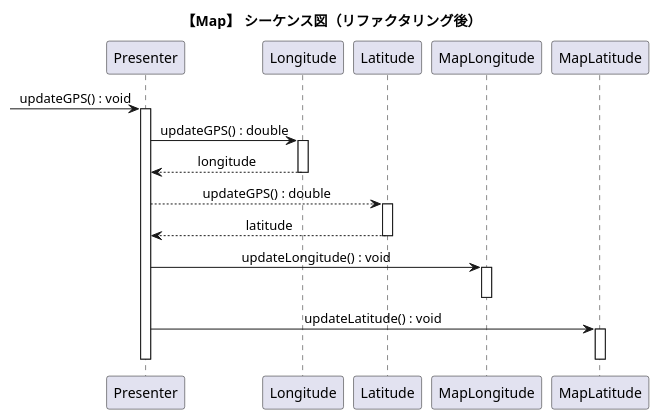
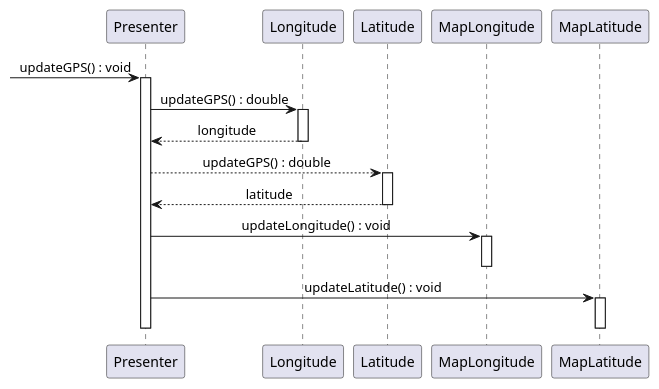
Before and after one commit to nitta-lab/TwoStagesModelingExperiments: the diagram in puml/sequences/map_seq_push_refactor.puml, drawn with PlantUML. The commit also changed 11 other files, not shown here.

```diff
--- a/puml/sequences/map_seq_push_refactor.puml
+++ b/puml/sequences/map_seq_push_refactor.puml
@@ -1,28 +1,28 @@
 @startuml map_seq_push_refactor
-title "【Map】 シーケンス図（リファクタリング後）"
 skinparam SequenceMessageAlignment center
+
 -> Presenter : updateGPS() : void
 activate Presenter
 
 Presenter ->  Longitude : updateGPS() : double
 activate Longitude
 Longitude --> Presenter : longitude
 deactivate Longitude
 
 Presenter --> Latitude : updateGPS() : double
 activate Latitude
 Latitude --> Presenter : latitude
 deactivate Latitude
 
 Presenter -> MapLongitude  : updateLongitude() : void
 activate MapLongitude
 deactivate MapLongitude
 
 Presenter -> MapLatitude : updateLatitude() : void
 activate MapLatitude
 deactivate MapLatitude
 
 deactivate Presenter
 
 
 @enduml
```
